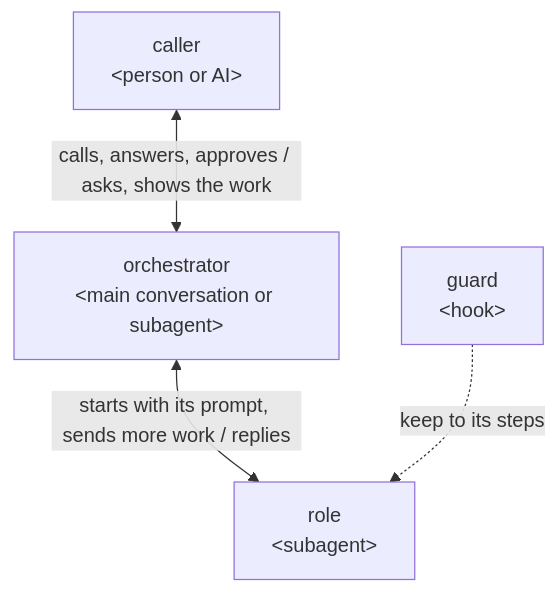
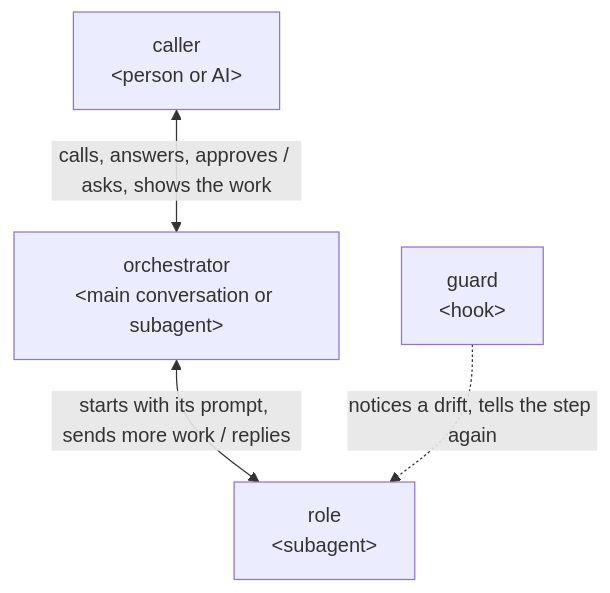
One commit to lovaizu/ccpm changed the first of 2 diagrams in dev/architecture.md. Above: the diagram before and after it, drawn with Mermaid. The commit also changed other lines of this file and 3 other files, not shown here.

First line of the commit message:
lane and How a plugin works: a lane lets the AI notice its drift and tells it the right way, not keeps it to its steps, as the user meant since 2026-10-21; not yet agreed

````diff
--- a/dev/architecture.md
+++ b/dev/architecture.md
@@ -8,10 +8,10 @@
 ```mermaid
 flowchart TB
   caller["caller<br/>#lt;person or AI#gt;"]
   orch["orchestrator<br/>#lt;main conversation or subagent#gt;"]
   role["role<br/>#lt;subagent#gt;"]
   guard["guard<br/>#lt;hook#gt;"]
   caller <-->|calls, answers, approves / asks, shows the work| orch
   orch <-->|starts with its prompt, sends more work / replies| role
-  guard -.->|keep to its steps| role
+  guard -.->|notices a drift, tells the step again| role
 ```
````
